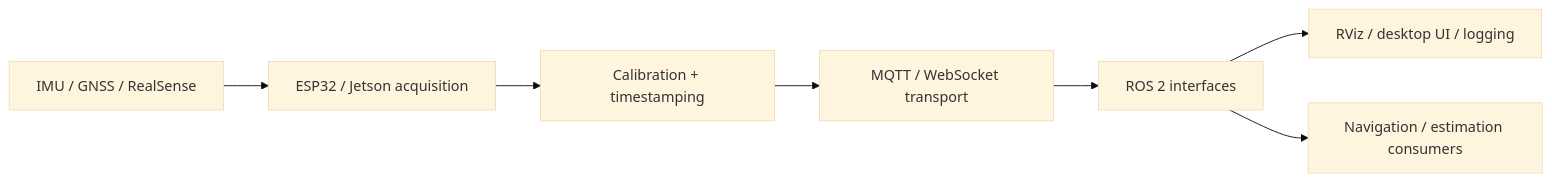
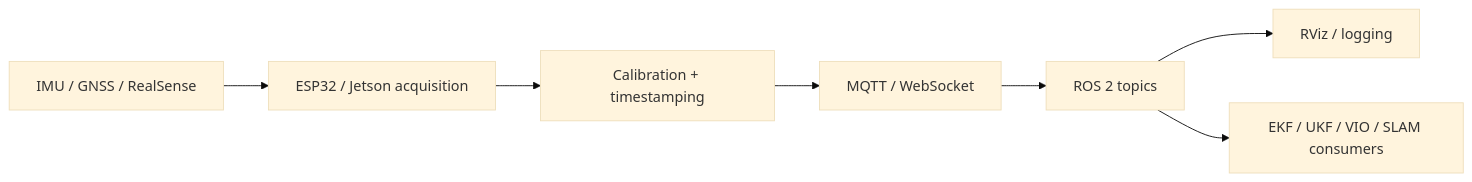
One commit to kosmicplane/SenDiMoniProg-IMU changed the diagram in README.md. Above: the diagram before and after it, drawn with Mermaid (base theme). The commit also changed other lines of this file, not shown here.

````diff
--- a/README.md
+++ b/README.md
@@ -34,9 +42,9 @@
-~~~mermaid
+```mermaid
 flowchart LR
     A[IMU / GNSS / RealSense] --> B[ESP32 / Jetson acquisition]
     B --> C[Calibration + timestamping]
-    C --> D[MQTT / WebSocket transport]
-    D --> E[ROS 2 interfaces]
-    E --> F[RViz / desktop UI / logging]
-    E --> G[Navigation / estimation consumers]
-~~~
+    C --> D[MQTT / WebSocket]
+    D --> E[ROS 2 topics]
+    E --> F[RViz / logging]
+    E --> G[EKF / UKF / VIO / SLAM consumers]
+```
````
